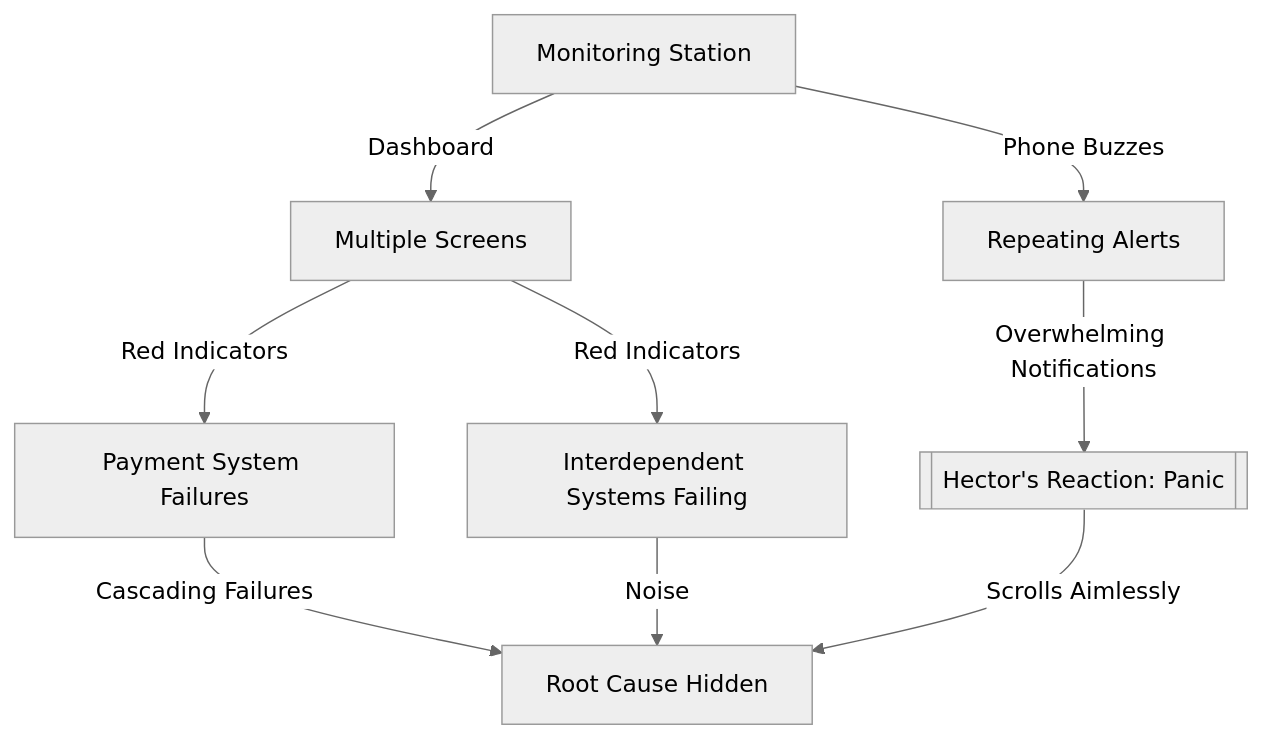
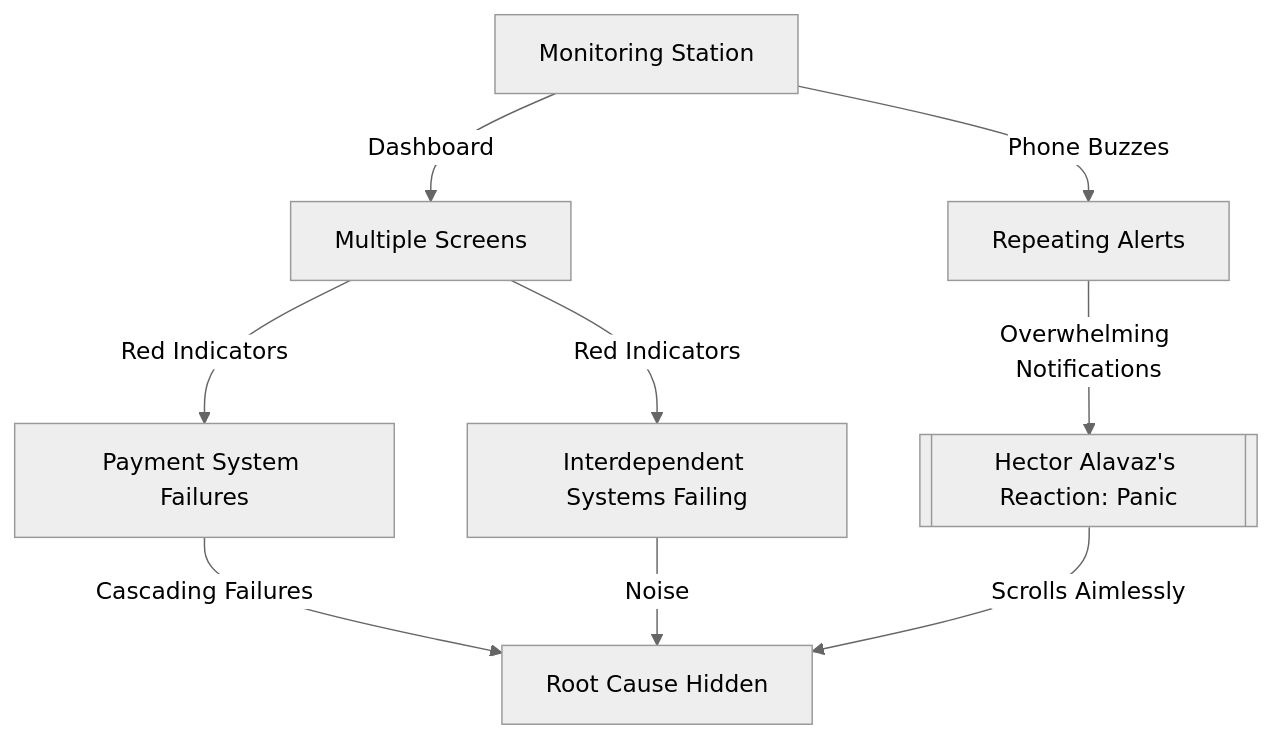
Before and after one commit to StevenJUlbrich/SRE-Training: the first of 13 diagrams in SRE CORE PRACTICES/day 07/Chapters/enhanced_chapters/day_07_chapter_03_draft_enhanced.md, drawn with Mermaid (neutral theme). The commit also changed other lines of this file and 107 other files, not shown here.

````diff
--- a/SRE CORE PRACTICES/day 07/Chapters/enhanced_chapters/day_07_chapter_03_draft_enhanced.md
+++ b/SRE CORE PRACTICES/day 07/Chapters/enhanced_chapters/day_07_chapter_03_draft_enhanced.md
@@ -46,11 +46,11 @@
 ```mermaid
 graph TD
     A[Monitoring Station] -->|Phone Buzzes| B[Repeating Alerts]
     A -->|Dashboard| C[Multiple Screens]
     C -->|Red Indicators| D[Payment System Failures]
     C -->|Red Indicators| E[Interdependent Systems Failing]
-    B -->|Overwhelming Notifications| F[[Hector's Reaction: Panic]]
+    B -->|Overwhelming Notifications| F[[Hector Alavaz's Reaction: Panic]]
     D -->|Cascading Failures| G[Root Cause Hidden]
     E -->|Noise| G
     F -->|Scrolls Aimlessly| G
 ```
````
